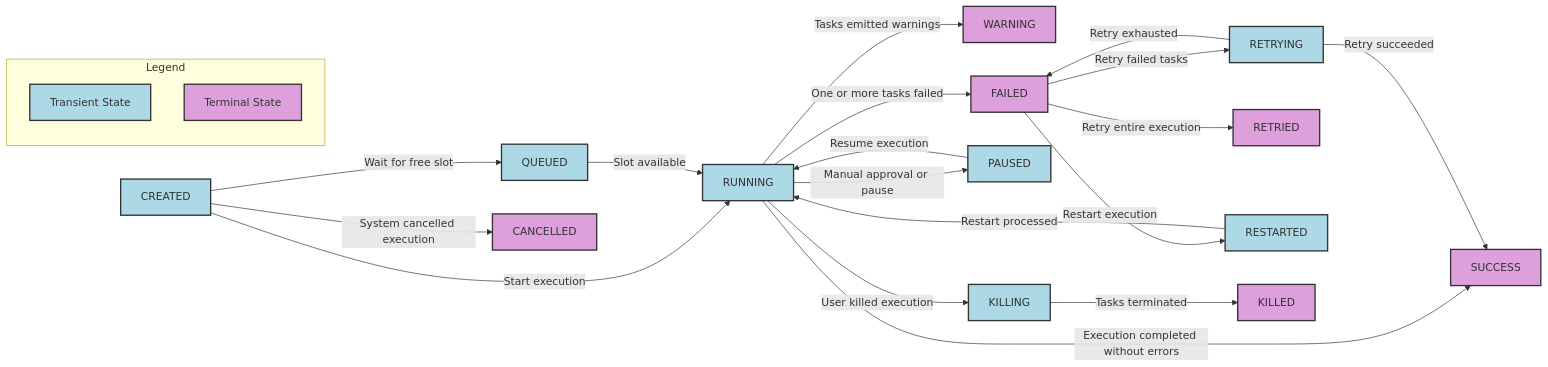
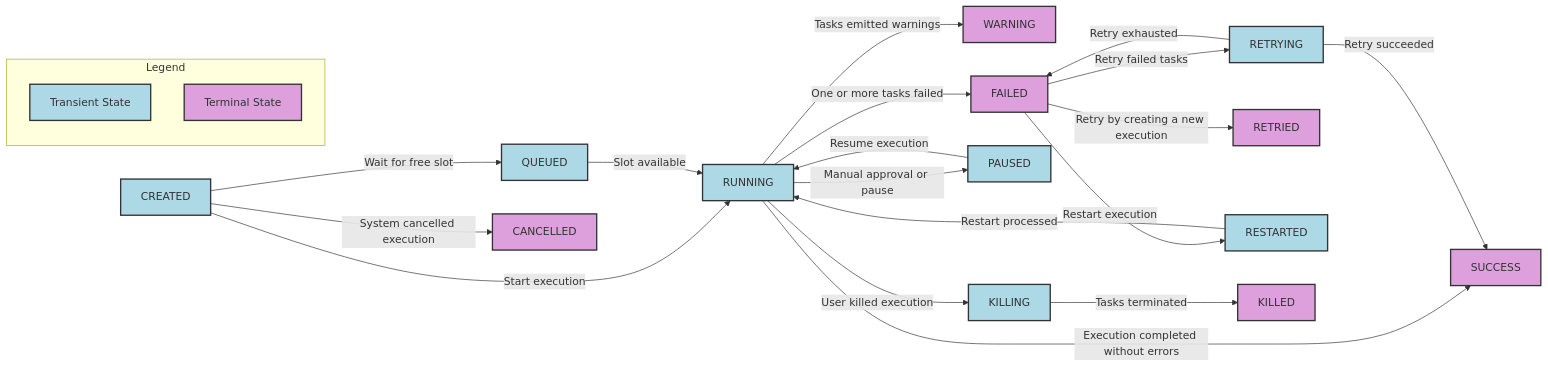
Before and after one commit to kestra-io/docs: the diagram in content/docs/04.workflow-components/17.states.md, drawn with Mermaid. The commit also changed 1 other file, not shown here.

````diff
--- a/content/docs/04.workflow-components/17.states.md
+++ b/content/docs/04.workflow-components/17.states.md
@@ -37,32 +37,32 @@
 ```mermaid
 graph LR;
     classDef transient fill:#add8e6,stroke:#333,stroke-width:2px;
     classDef terminal fill:#dda0dd,stroke:#333,stroke-width:2px;
 
     subgraph Legend
         direction TB
         L1[Transient State]:::transient
         L2[Terminal State]:::terminal
     end
 
     A[CREATED] -->|Wait for free slot| B[QUEUED]
     A -->|Start execution| C[RUNNING]
     B -->|Slot available| C[RUNNING]
     C -->|Execution completed without errors| D[SUCCESS]
     C -->|Tasks emitted warnings| E[WARNING]
     C -->|One or more tasks failed| F[FAILED]
     F -->|Retry failed tasks| G[RETRYING]
     G -->|Retry succeeded| D[SUCCESS]
     G -->|Retry exhausted| F[FAILED]
-    F -->|Retry entire execution| H[RETRIED]
+    F -->|Retry by creating a new execution| H[RETRIED]
     C -->|Manual approval or pause| I[PAUSED]
     I -->|Resume execution| C[RUNNING]
     F -->|Restart execution| J[RESTARTED]
     J -->|Restart processed| C[RUNNING]
     A -->|System cancelled execution| K[CANCELLED]
     C -->|User killed execution| L[KILLING]
     L -->|Tasks terminated| M[KILLED]
 
     class A,B,C,G,I,J,L transient;
     class D,E,F,H,K,M terminal;
 ```
````
